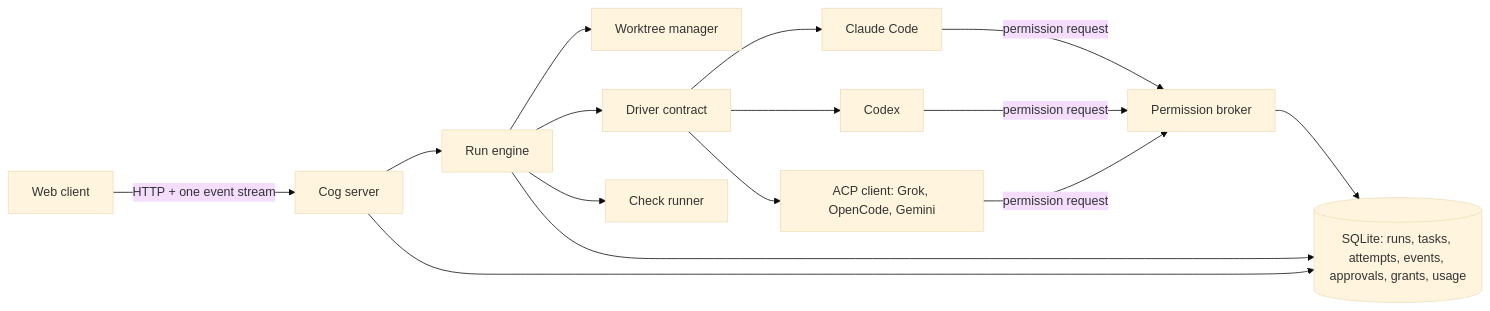
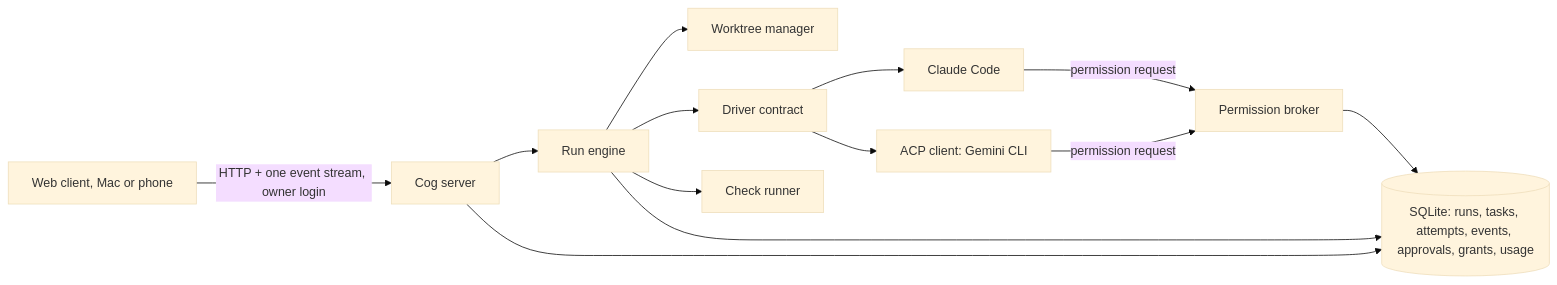
Before and after one commit to botbenchhq/botbench: the first of 3 diagrams in docs/plans/2026-11-21-2220-feat-cog-core-factory-plan.md, drawn with Mermaid (base theme). The commit also changed other lines of this file, not shown here.

Commit message:
docs: settle phone access, unattended runs and second CLI in the Cog plan

````diff
--- a/docs/plans/2026-11-21-2220-feat-cog-core-factory-plan.md
+++ b/docs/plans/2026-11-21-2220-feat-cog-core-factory-plan.md
@@ -167,17 +174,15 @@
 ```mermaid
 flowchart LR
-  UI["Web client"] -- "HTTP + one event stream" --> API["Cog server"]
+  UI["Web client, Mac or phone"] -- "HTTP + one event stream, owner login" --> API["Cog server"]
   API --> ENG["Run engine"]
   ENG --> WT["Worktree manager"]
   ENG --> DRV["Driver contract"]
   ENG --> VER["Check runner"]
   DRV --> CC["Claude Code"]
-  DRV --> CX["Codex"]
-  DRV --> ACP["ACP client: Grok, OpenCode, Gemini"]
+  DRV --> ACP["ACP client: Gemini CLI"]
   CC -- "permission request" --> BRK["Permission broker"]
-  CX -- "permission request" --> BRK
   ACP -- "permission request" --> BRK
   BRK --> DB[("SQLite: runs, tasks, attempts, events, approvals, grants, usage")]
   ENG --> DB
   API --> DB
 ```
````
